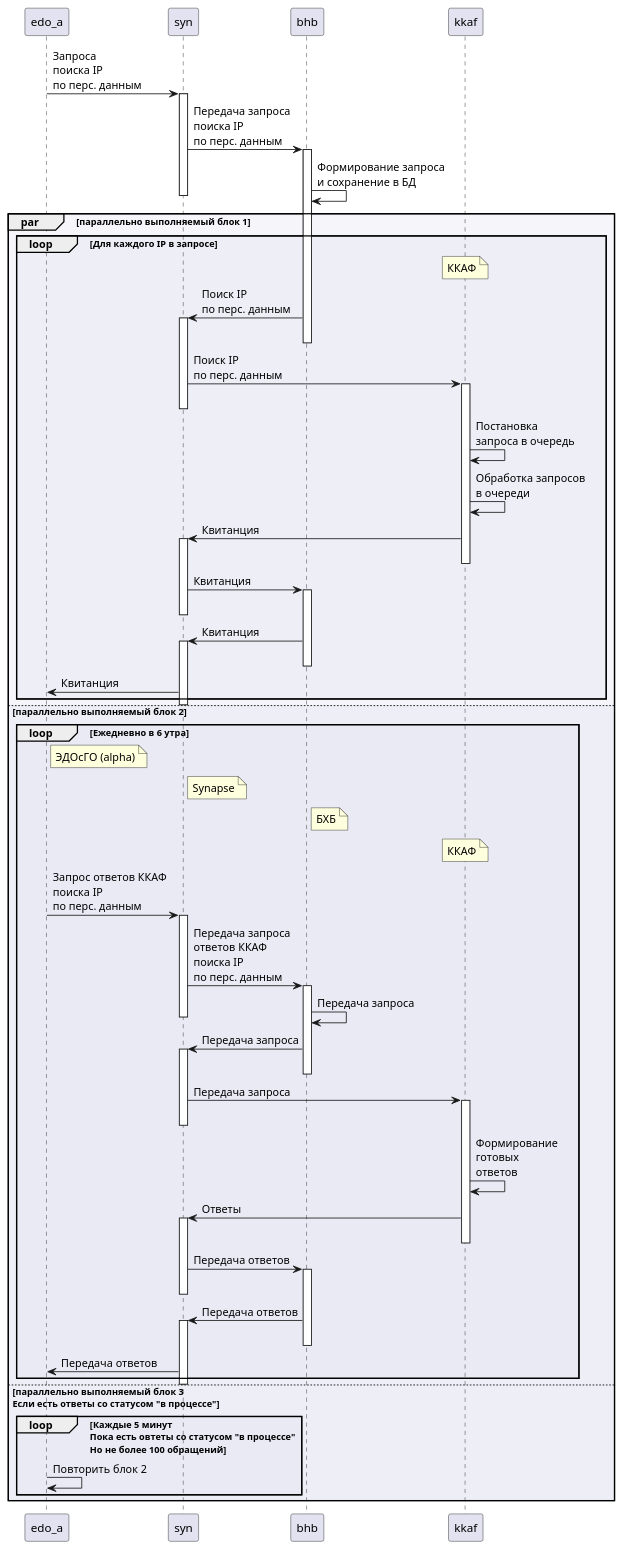
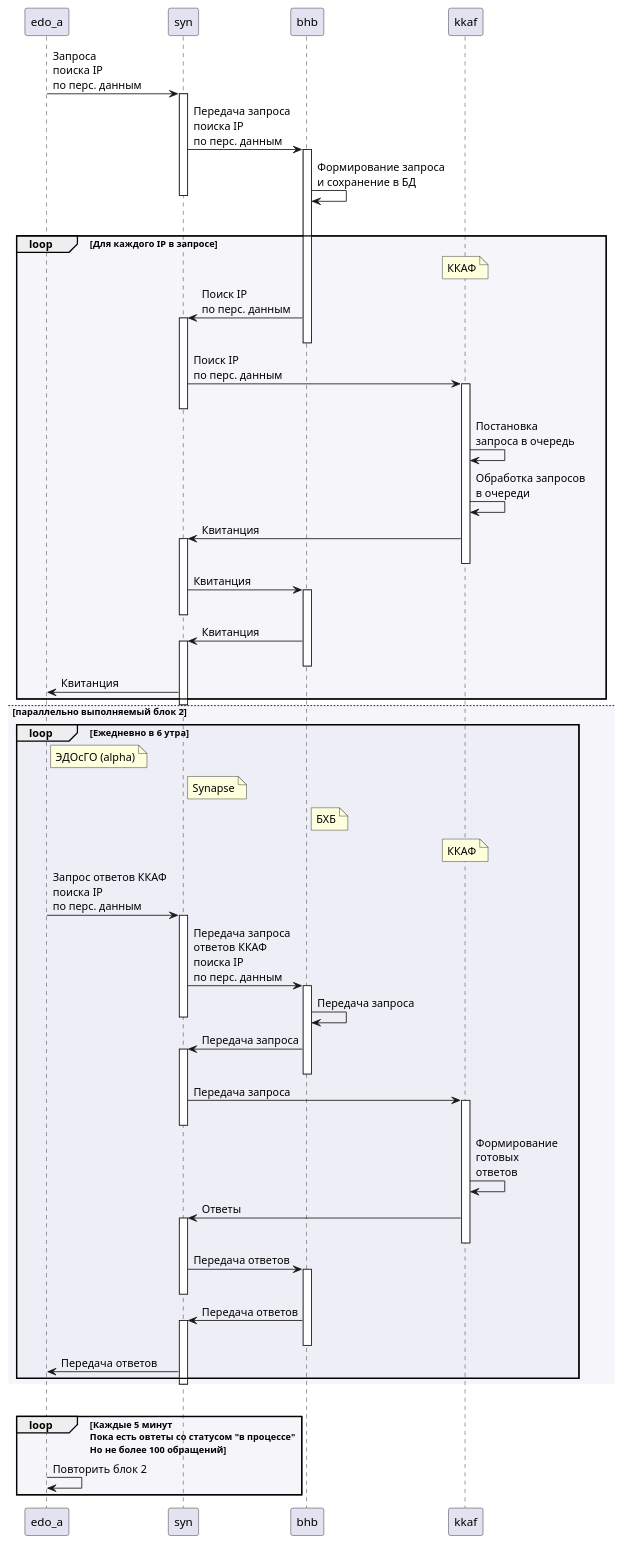
One commit to denser-ru/for_tests changed the diagram in test_to_kkaf.puml. Above: the diagram before and after it, drawn with PlantUML.

Commit message:
v0.0.6 fix test_to_kkaf.puml

```diff
--- a/test_to_kkaf.puml
+++ b/test_to_kkaf.puml
@@ -1,69 +1,68 @@
 @startuml Запросы в ККАФ
 
 
 edo_a -> syn++: Запроса \nпоиска IP \nпо перс. данным
 syn -> bhb++: Передача запроса \nпоиска IP \nпо перс. данным
 bhb -> bhb: Формирование запроса \nи сохранение в БД
 deactivate syn
 skinparam SequenceGroupBodyBackgroundColor E0E0F050
 par параллельно выполняемый блок 1
 loop Для каждого IP в запросе
 note over kkaf
     ККАФ
 end note
 bhb -> syn++: Поиск IP \nпо перс. данным
 deactivate bhb
 syn -> kkaf++: Поиск IP \nпо перс. данным
 deactivate syn
 kkaf -> kkaf: Постановка \nзапроса в очередь
 kkaf -> kkaf: Обработка запросов \nв очереди
 kkaf -> syn++: Квитанция
 deactivate kkaf
 syn -> bhb++: Квитанция
 deactivate syn
 bhb -> syn++: Квитанция
 deactivate bhb
 syn -> edo_a: Квитанция
 end
 deactivate syn
 
 else параллельно выполняемый блок 2
 loop Ежедневно в 6 утра
 note right edo_a
     ЭДОсГО (alpha)
 end note
 note right syn
     Synapse
 end note
 note right bhb
     БХБ
 end note
 note over kkaf
     ККАФ
 end note
 edo_a -> syn++: Запрос ответов ККАФ \nпоиска IP \nпо перс. данным
 syn -> bhb++: Передача запроса \nответов ККАФ \nпоиска IP \nпо перс. данным
 bhb -> bhb: Передача запроса
 deactivate syn
 bhb -> syn++: Передача запроса
 deactivate bhb
 syn -> kkaf++: Передача запроса
 deactivate syn
 kkaf -> kkaf: Формирование \nготовых \nответов
 kkaf -> syn++: Ответы
 deactivate kkaf
 syn -> bhb++: Передача ответов
 deactivate syn
 bhb -> syn++: Передача ответов
 deactivate bhb
 syn -> edo_a: Передача ответов
 end
 deactivate syn
 else параллельно выполняемый блок 3 \nЕсли есть ответы со статусом "в процессе"
 loop Каждые 5 минут \nПока есть овтеты со статусом "в процессе" \nНо не более 100 обращений
 edo_a ->edo_a: Повторить блок 2
 end
 skinparam SequenceGroupBodyBackgroundColor FFFFFF88
-end
 
 @enduml
```
